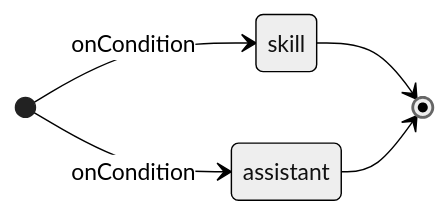
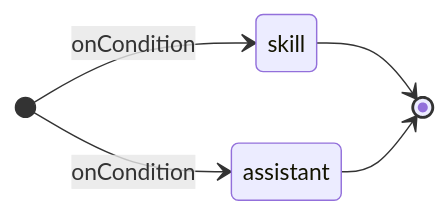
One commit to devjune/ai-study changed the second of 2 diagrams in demo-phase3/docs/Koog 세미나.md. Above: the diagram before and after it, drawn with Mermaid. The commit also changed other lines of this file, not shown here.

Commit message:
docs(demo-phase3): Koog 세미나.md 10장 mermaid에서 슬라이드용 테마 설정 블록 제거, 컨플루언스 포팅 대비
Claude-Session: https://claude.ai/code/session_01EuQWNfhXexEBDs2vnTj3cx

````diff
--- a/demo-phase3/docs/Koog 세미나.md
+++ b/demo-phase3/docs/Koog 세미나.md
@@ -267,15 +267,11 @@
 ```mermaid
----
-config:
-  theme: neutral
----
 stateDiagram
     direction LR
     state "skill" as skill
     state "assistant" as assistant
 
     [*] --> skill : onCondition
     [*] --> assistant : onCondition
     skill --> [*]
     assistant --> [*]
 ```
````
